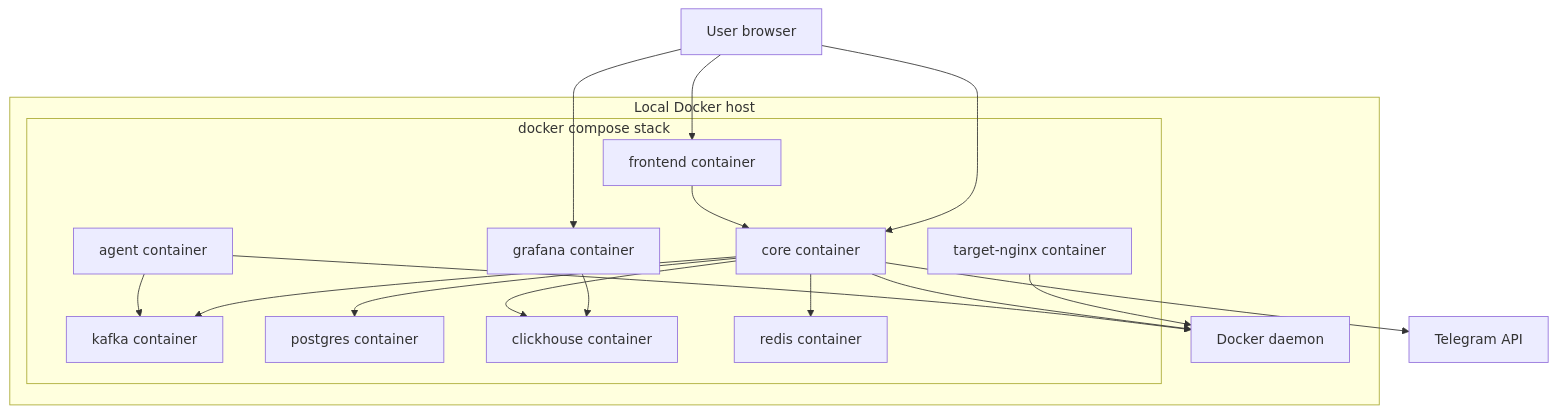
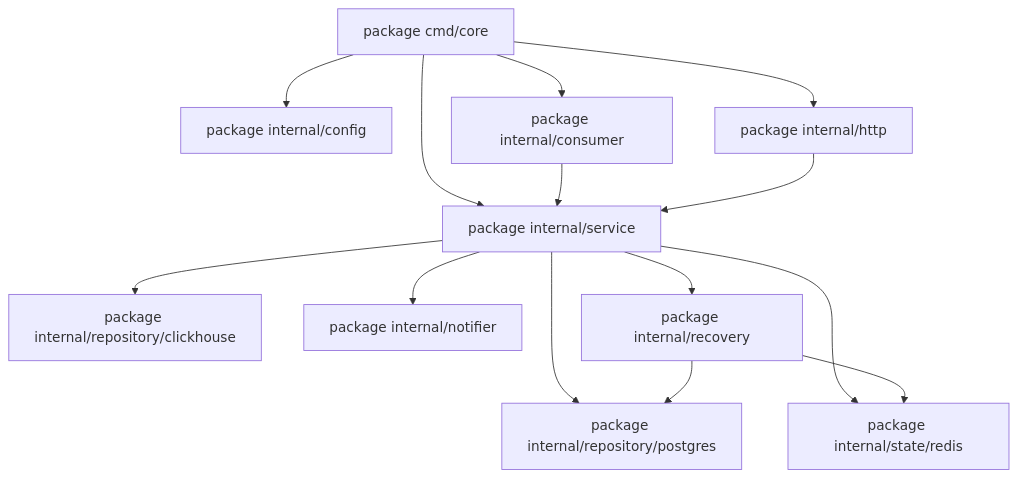
Before and after one commit to MTXIK/container-monitoring: the eighth of 24 diagrams in docs/uml-diagrams.md, drawn with Mermaid. The commit also changed other lines of this file, not shown here.

Commit message:
add diagrams

````diff
--- a/docs/uml-diagrams.md
+++ b/docs/uml-diagrams.md
@@ -97,36 +214,27 @@
 ```mermaid
 flowchart TB
-    subgraph Host["Local Docker host"]
-        DockerDaemon["Docker daemon"]
+    Cmd["package cmd/core"]
+    Config["package internal/config"]
+    Consumer["package internal/consumer"]
+    Service["package internal/service"]
+    Postgres["package internal/repository/postgres"]
+    ClickHouse["package internal/repository/clickhouse"]
+    Redis["package internal/state/redis"]
+    Notifier["package internal/notifier"]
+    Recovery["package internal/recovery"]
+    HTTP["package internal/http"]
 
-        subgraph Compose["docker compose stack"]
-            AgentContainer["agent container"]
-            CoreContainer["core container"]
-            FrontendContainer["frontend container"]
-            KafkaContainer["kafka container"]
-            PostgresContainer["postgres container"]
-            ClickHouseContainer["clickhouse container"]
-            RedisContainer["redis container"]
-            GrafanaContainer["grafana container"]
-            TargetContainer["target-nginx container"]
-        end
-    end
-
-    User["User browser"]
-    Telegram["Telegram API"]
-
-    AgentContainer --> DockerDaemon
-    CoreContainer --> DockerDaemon
-    TargetContainer --> DockerDaemon
-    AgentContainer --> KafkaContainer
-    CoreContainer --> KafkaContainer
-    CoreContainer --> PostgresContainer
-    CoreContainer --> ClickHouseContainer
-    CoreContainer --> RedisContainer
-    CoreContainer --> Telegram
-    FrontendContainer --> CoreContainer
-    GrafanaContainer --> ClickHouseContainer
-    User --> FrontendContainer
-    User --> CoreContainer
-    User --> GrafanaContainer
+    Cmd --> Config
+    Cmd --> Consumer
+    Cmd --> Service
+    Cmd --> HTTP
+    Consumer --> Service
+    HTTP --> Service
+    Service --> Postgres
+    Service --> ClickHouse
+    Service --> Redis
+    Service --> Notifier
+    Service --> Recovery
+    Recovery --> Redis
+    Recovery --> Postgres
 ```
````
